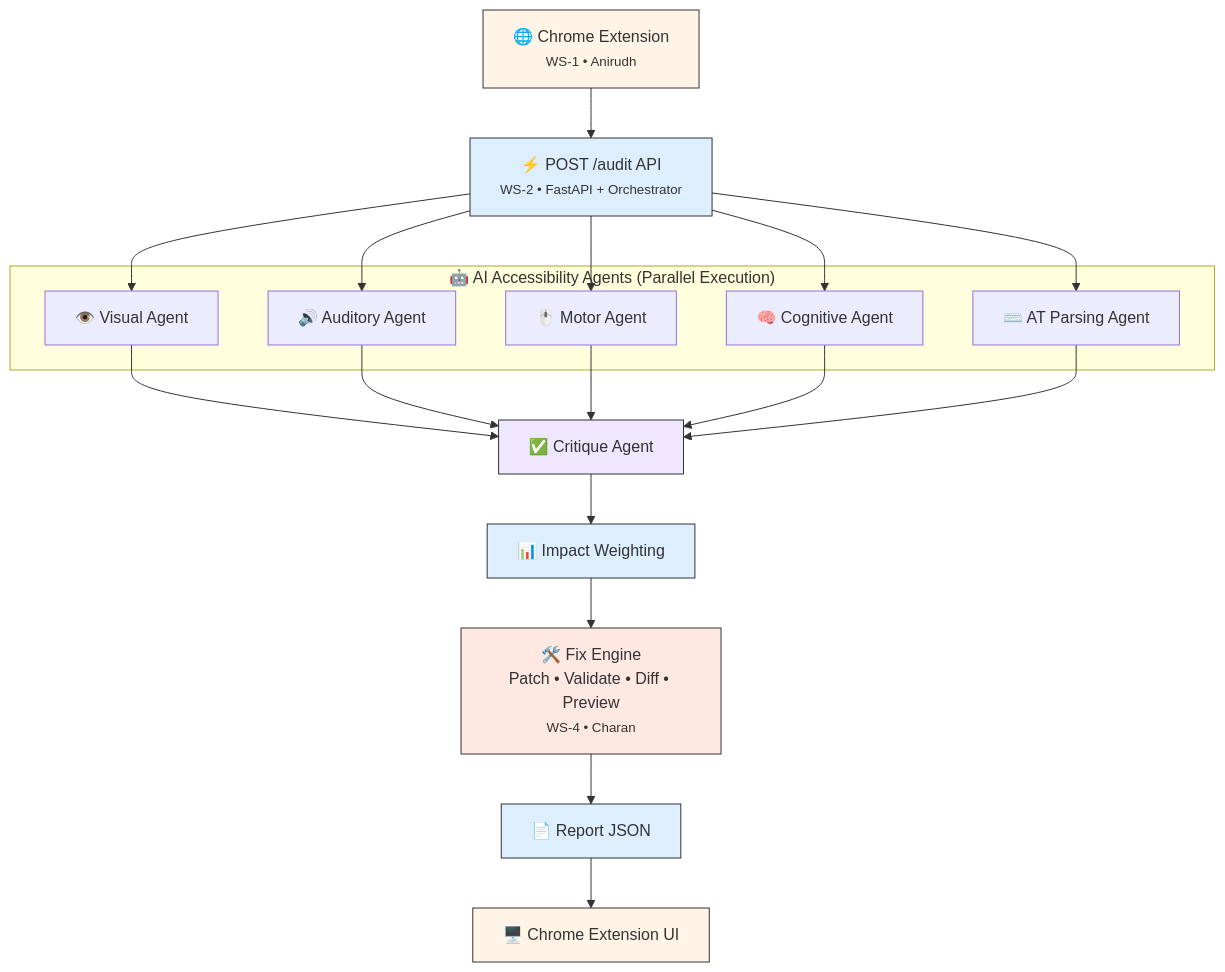
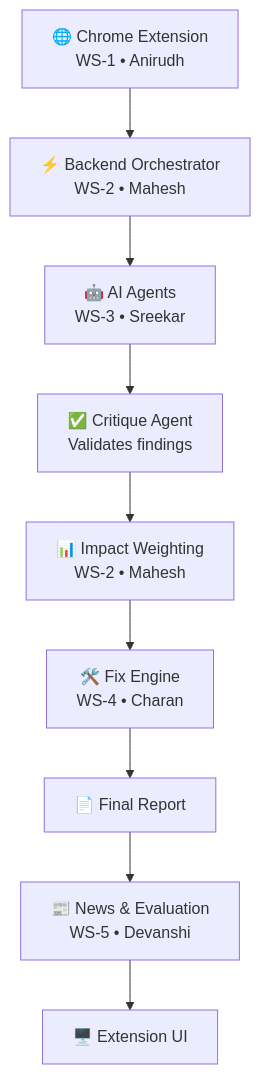
The diagram in README.md (sreeks7675/AccessAI), drawn with Mermaid before and after one commit. The commit also changed other lines of this file, not shown here.

````diff
--- a/README.md
+++ b/README.md
@@ -9,43 +23,28 @@
 ```mermaid
 flowchart TD
 
-A["🌐 Chrome Extension<br><small>WS-1 • Anirudh</small>"]
+A["🌐 Chrome Extension
+WS-1 • Anirudh"]
 
-A --> B["⚡ POST /audit API<br><small>WS-2 • FastAPI + Orchestrator</small>"]
+A --> B["⚡ Backend Orchestrator
+WS-2 • Mahesh"]
 
-subgraph AGENTS["🤖 AI Accessibility Agents (Parallel Execution)"]
-C1["👁️ Visual Agent"]
-C2["🔊 Auditory Agent"]
-C3["🖱️ Motor Agent"]
-C4["🧠 Cognitive Agent"]
-C5["⌨️ AT Parsing Agent"]
-end
+B --> C["🤖 AI Agents
+WS-3 • Sreekar"]
 
-B --> C1
-B --> C2
-B --> C3
-B --> C4
-B --> C5
+C --> D["✅ Critique Agent
+Validates findings"]
 
-C1 --> D["✅ Critique Agent"]
-C2 --> D
-C3 --> D
-C4 --> D
-C5 --> D
+D --> E["📊 Impact Weighting
+WS-2 • Mahesh"]
 
-D --> E["📊 Impact Weighting"]
+E --> F["🛠️ Fix Engine
+WS-4 • Charan"]
 
-E --> F["🛠️ Fix Engine<br/>Patch • Validate • Diff • Preview<br/><small>WS-4 • Charan</small>"]
+F --> G["📄 Final Report"]
 
-F --> G["📄 Report JSON"]
+G --> H["📰 News & Evaluation
+WS-5 • Devanshi"]
 
-G --> H["🖥️ Chrome Extension UI"]
-
-style A fill:#FFF4E5,stroke:#333
-style B fill:#DDEEFF,stroke:#333
-style D fill:#EFE6FF,stroke:#333
-style E fill:#DDEEFF,stroke:#333
-style F fill:#FFE8E1,stroke:#333
-style G fill:#DDEEFF,stroke:#333
-style H fill:#FFF4E5,stroke:#333
+H --> I["🖥️ Extension UI"]
 ```
````
